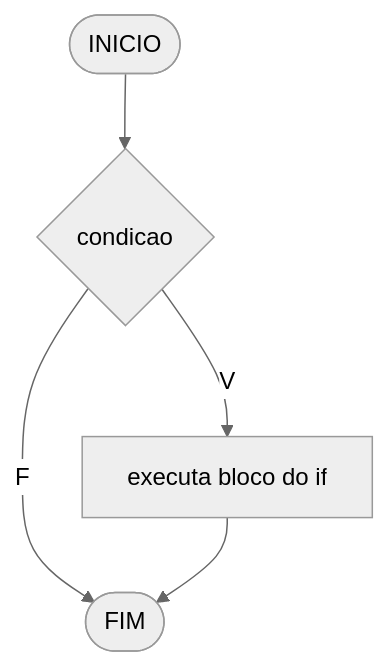
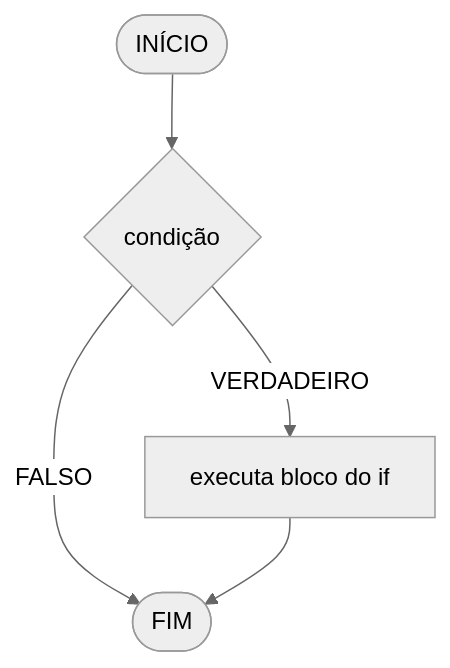
Before and after one commit to Carlos-Eduardo-Freitas/JavaScript-C-JAVA-Python: the second of 6 diagrams in JavaScript/Aula 2: Estruturas Condicionais/Estruturas Condicionais.md, drawn with Mermaid (neutral theme). The commit also changed other lines of this file, not shown here.

````diff
--- a/JavaScript/Aula 2: Estruturas Condicionais/Estruturas Condicionais.md
+++ b/JavaScript/Aula 2: Estruturas Condicionais/Estruturas Condicionais.md
@@ -37,7 +37,7 @@
 ```mermaid
 flowchart TD
-A([INICIO]) --> B{condicao}
-B -- V --> C[executa bloco do if]
-B -- F --> D([FIM])
+A([INÍCIO]) --> B{condição}
+B -->|VERDADEIRO| C[executa bloco do if]
+B -->|FALSO| D([FIM])
 C --> D
 ```
````
